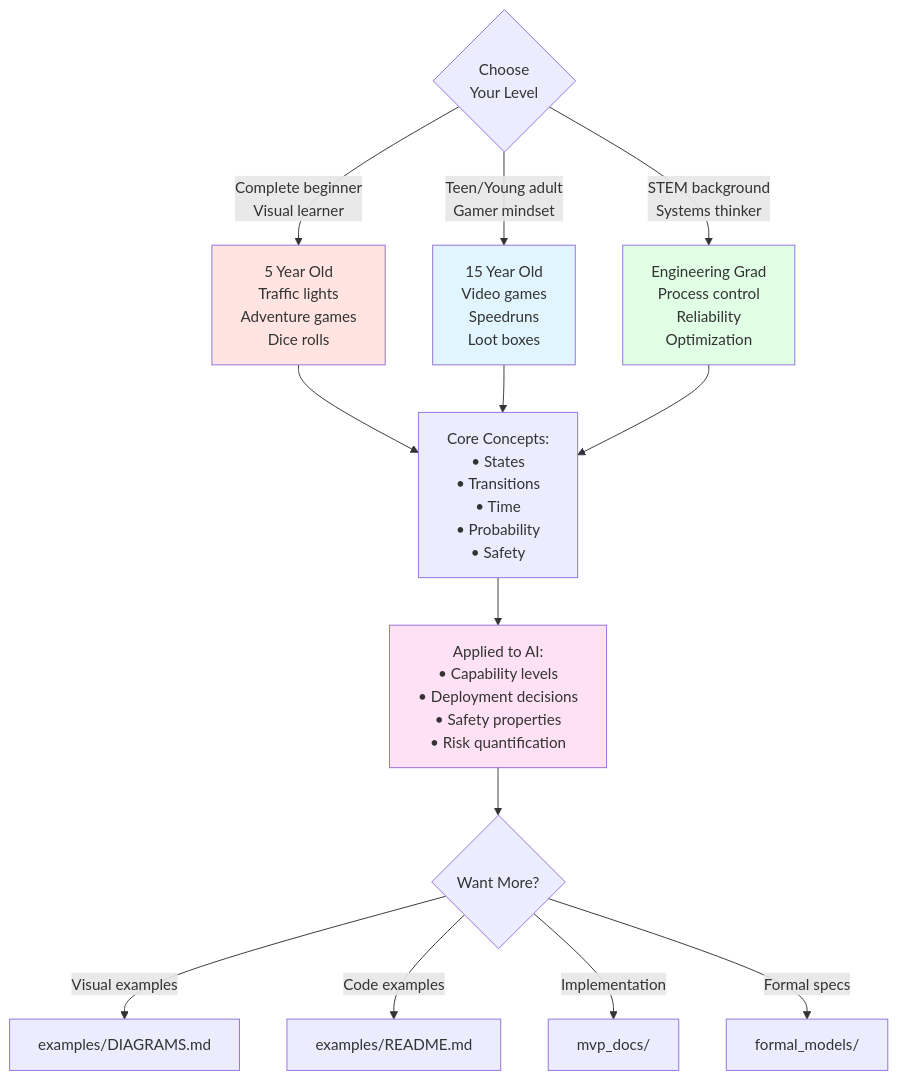
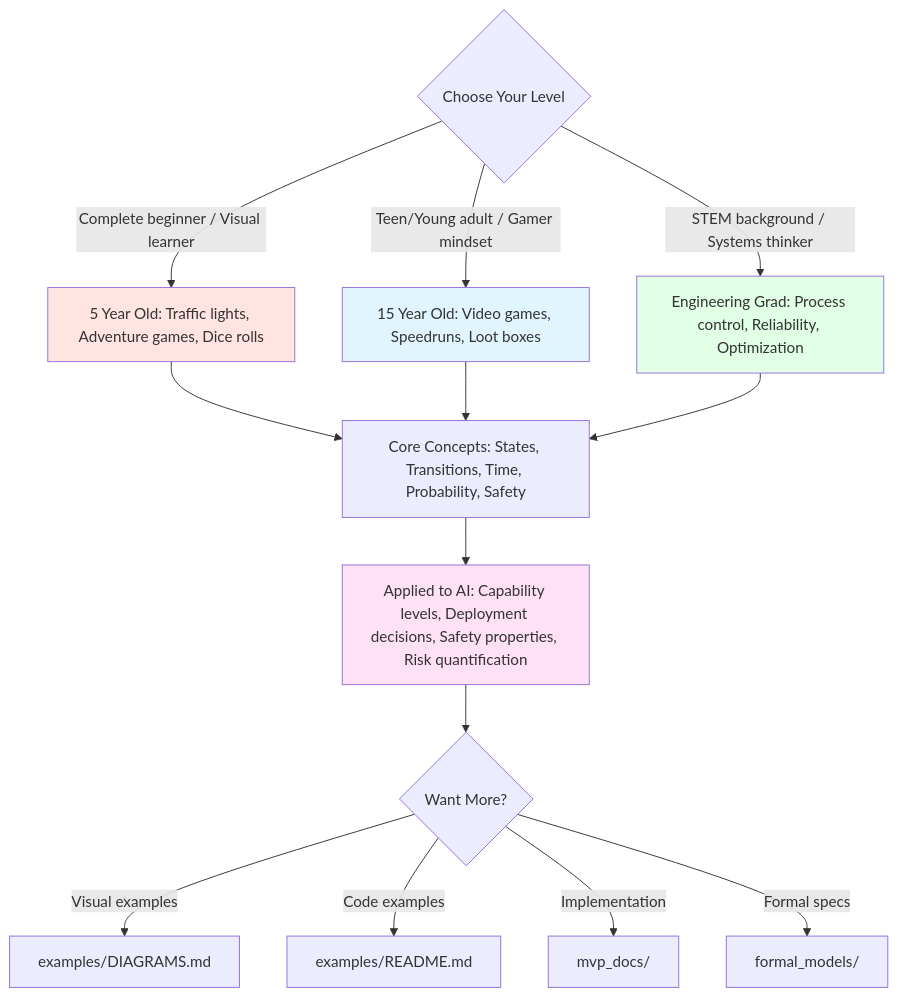
Before and after one commit to bhi5hmaraj/ai-risk-ttx: the diagram in research/ai_futures/eli/README.md, drawn with Mermaid. The commit also changed 8 other files, not shown here.

First line of the commit message:
fix: Remove all <br/> tags from Mermaid diagrams and add validation

````diff
--- a/research/ai_futures/eli/README.md
+++ b/research/ai_futures/eli/README.md
@@ -142,29 +142,29 @@
 ```mermaid
 graph TD
-    Start{Choose<br/>Your Level}
+    Start{Choose Your Level}
 
-    Start -->|"Complete beginner<br/>Visual learner"| L1[5 Year Old<br/>Traffic lights<br/>Adventure games<br/>Dice rolls]
+    Start -->|"Complete beginner / Visual learner"| L1[5 Year Old: Traffic lights, Adventure games, Dice rolls]
 
-    Start -->|"Teen/Young adult<br/>Gamer mindset"| L2[15 Year Old<br/>Video games<br/>Speedruns<br/>Loot boxes]
+    Start -->|"Teen/Young adult / Gamer mindset"| L2[15 Year Old: Video games, Speedruns, Loot boxes]
 
-    Start -->|"STEM background<br/>Systems thinker"| L3[Engineering Grad<br/>Process control<br/>Reliability<br/>Optimization]
+    Start -->|"STEM background / Systems thinker"| L3[Engineering Grad: Process control, Reliability, Optimization]
 
-    L1 --> Basics["Core Concepts:<br/>• States<br/>• Transitions<br/>• Time<br/>• Probability<br/>• Safety"]
+    L1 --> Basics["Core Concepts: States, Transitions, Time, Probability, Safety"]
 
     L2 --> Basics
     L3 --> Basics
 
-    Basics --> AI2027["Applied to AI:<br/>• Capability levels<br/>• Deployment decisions<br/>• Safety properties<br/>• Risk quantification"]
+    Basics --> AI2027["Applied to AI: Capability levels, Deployment decisions, Safety properties, Risk quantification"]
 
     AI2027 --> Next{Want More?}
 
     Next -->|"Visual examples"| Ex[examples/DIAGRAMS.md]
     Next -->|"Code examples"| Code[examples/README.md]
     Next -->|"Implementation"| MVP[mvp_docs/]
     Next -->|"Formal specs"| Formal[formal_models/]
 
     style L1 fill:#FFE4E1
     style L2 fill:#E1F5FF
     style L3 fill:#E1FFE4
     style AI2027 fill:#FFE1F5
 ```
````
